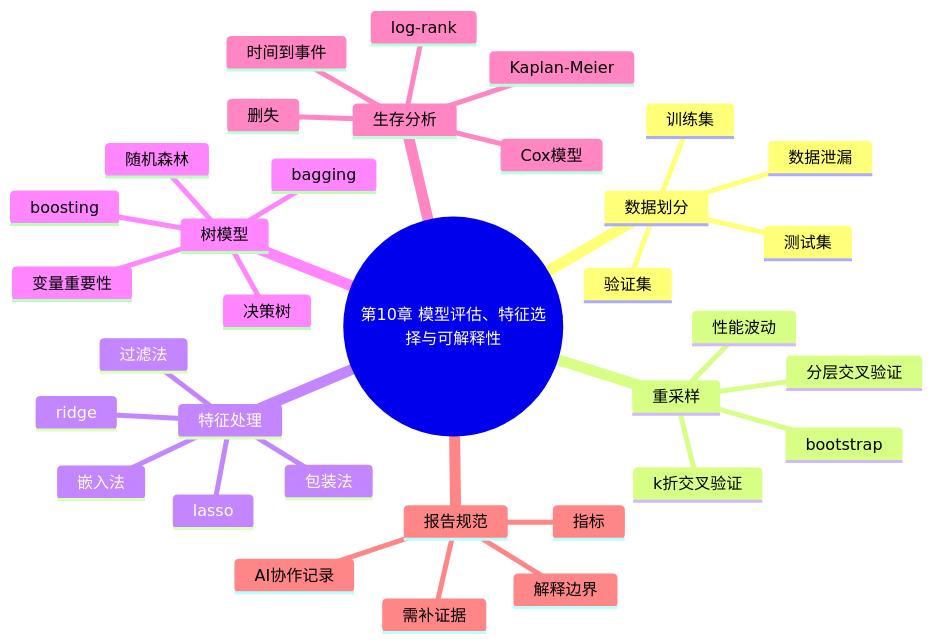
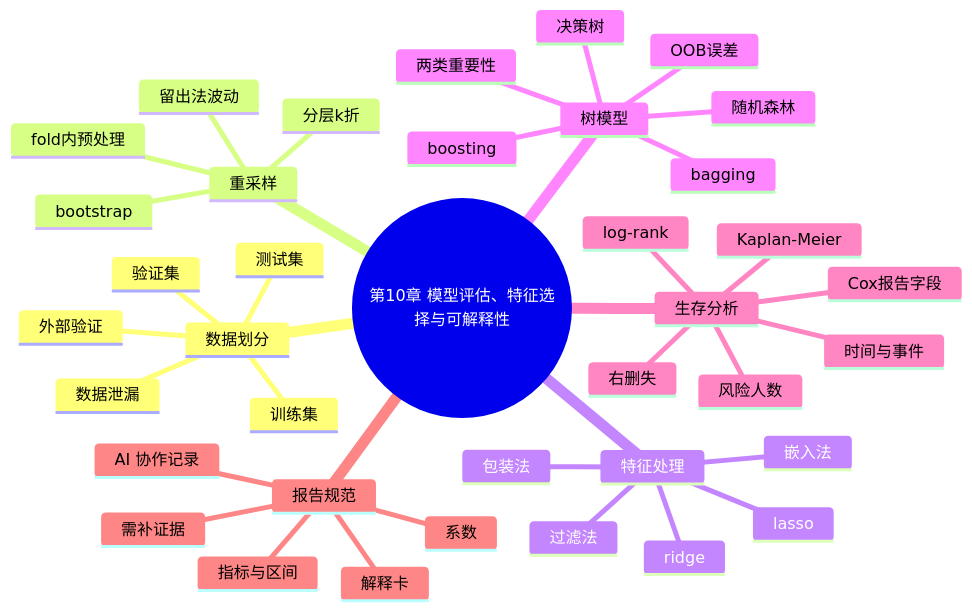
One commit to luvega/AI_MED_DataVis changed the fifth of 5 diagrams in docs/chapters/chapter-10/index.md. Above: the diagram before and after it, drawn with Mermaid. The commit also changed other lines of this file and 84 other files, not shown here.

````diff
--- a/docs/chapters/chapter-10/index.md
+++ b/docs/chapters/chapter-10/index.md
@@ -588,37 +993,41 @@
-```mermaid
+~~~mermaid
 mindmap
   root((第10章 模型评估、特征选择与可解释性))
     数据划分
       训练集
       验证集
       测试集
+      外部验证
       数据泄漏
     重采样
-      k折交叉验证
-      分层交叉验证
+      留出法波动
+      分层k折
+      fold内预处理
       bootstrap
-      性能波动
     特征处理
       过滤法
       包装法
       嵌入法
       ridge
       lasso
     树模型
       决策树
       bagging
       随机森林
       boosting
-      变量重要性
+      OOB误差
+      两类重要性
     生存分析
-      时间到事件
-      删失
+      时间与事件
+      右删失
+      风险人数
       Kaplan-Meier
       log-rank
-      Cox模型
+      Cox报告字段
     报告规范
-      指标
-      解释边界
-      AI协作记录
+      系数
+      指标与区间
+      解释卡
+      AI 协作记录
       需补证据
-```
+~~~
````
